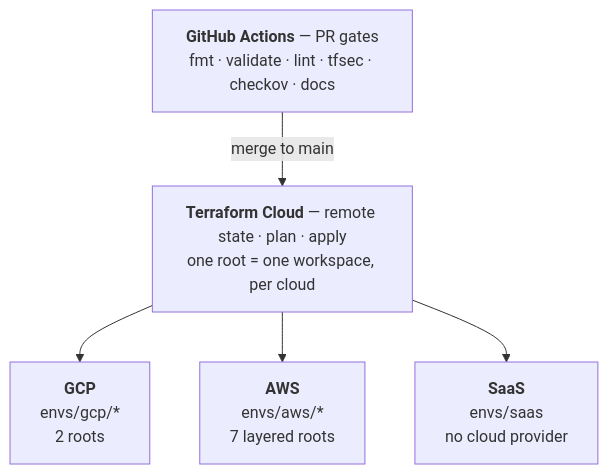
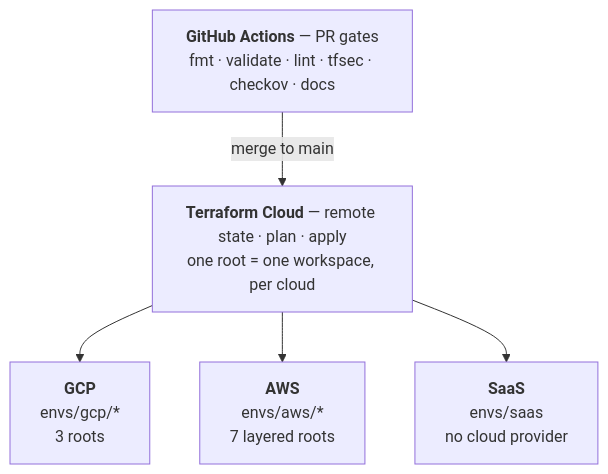
One commit to EdwinKassier/Ashes-Devops-Tools changed the diagram in README.md. Above: the diagram before and after it, drawn with Mermaid. The commit also changed other lines of this file and 19 other files, not shown here.

````diff
--- a/README.md
+++ b/README.md
@@ -70,9 +70,9 @@
 ```mermaid
 flowchart TB
     CI["<b>GitHub Actions</b> — PR gates<br/>fmt · validate · lint · tfsec · checkov · docs"]
     TFC["<b>Terraform Cloud</b> — remote state · plan · apply<br/>one root = one workspace, per cloud"]
     CI -->|"merge to main"| TFC
-    TFC --> GCP["<b>GCP</b><br/>envs/gcp/*<br/>2 roots"]
+    TFC --> GCP["<b>GCP</b><br/>envs/gcp/*<br/>3 roots"]
     TFC --> AWS["<b>AWS</b><br/>envs/aws/*<br/>7 layered roots"]
     TFC --> SAAS["<b>SaaS</b><br/>envs/saas<br/>no cloud provider"]
 ```
````
